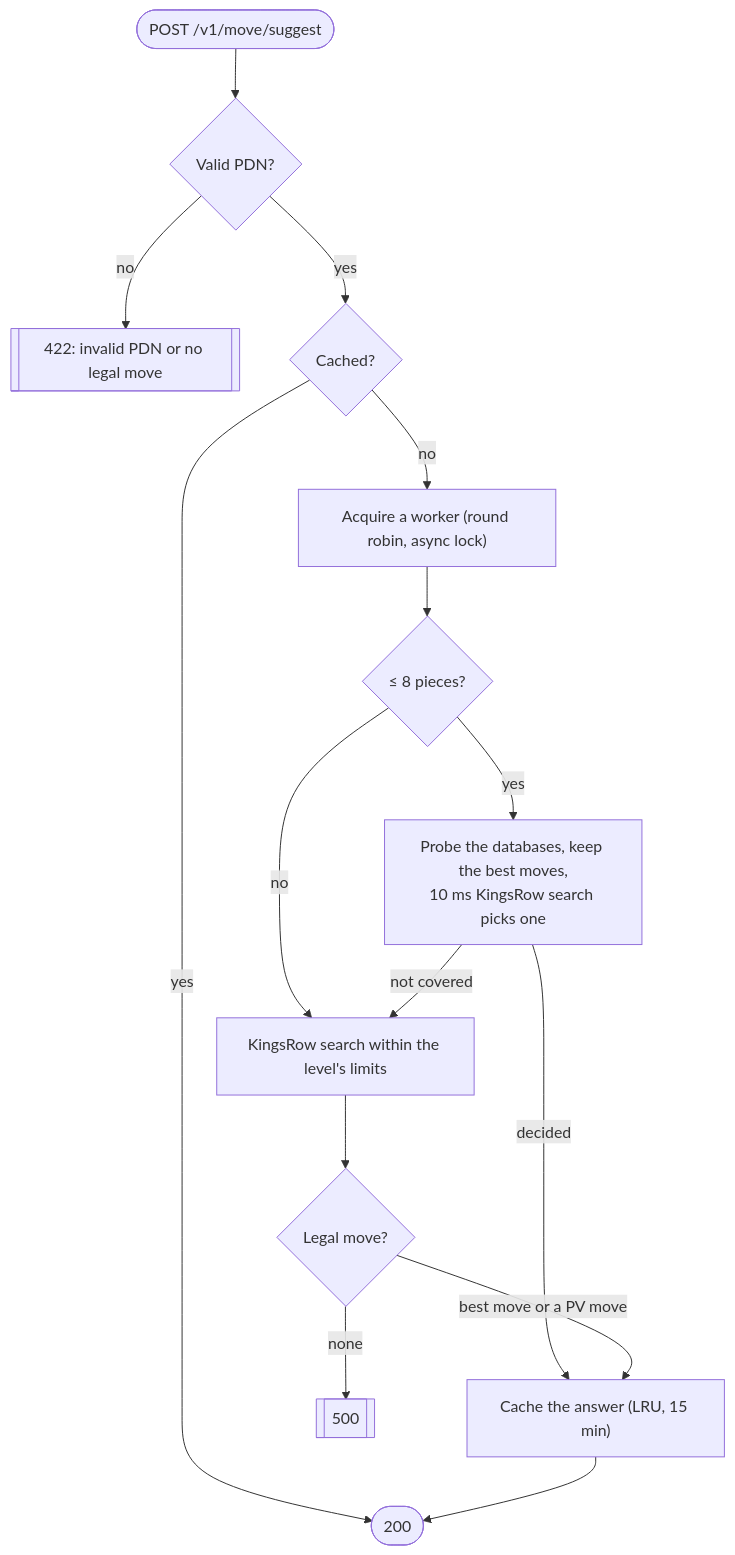
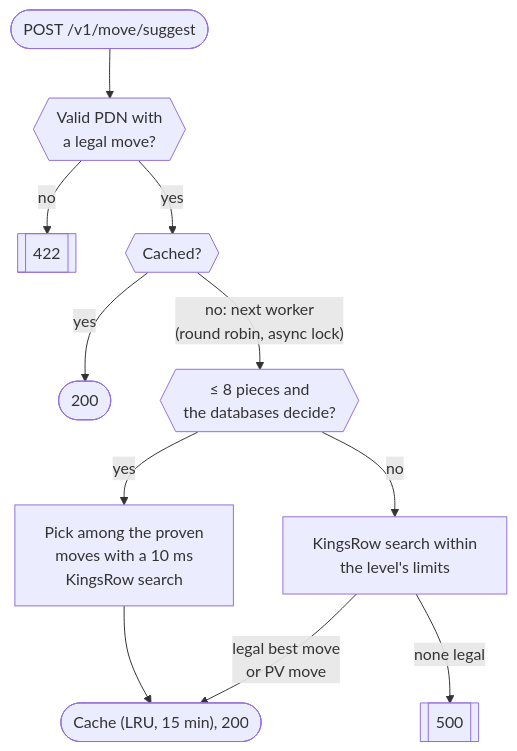
The second of 3 diagrams in README.md (BoSuY0/CheckersEngineApi), drawn with Mermaid before and after one commit.

Commit message:
docs: shorten the request flow diagram

````diff
--- a/README.md
+++ b/README.md
@@ -224,17 +224,13 @@
 ```mermaid
 flowchart TD
-    req(["POST /v1/move/suggest"]) --> parse{"Valid PDN?"}
-    parse -->|no| e422[["422: invalid PDN or no legal move"]]
-    parse -->|yes| cached{"Cached?"}
-    cached -->|yes| ok(["200"])
-    cached -->|no| acquire["Acquire a worker (round robin, async lock)"]
-    acquire --> small{"≤ 8 pieces?"}
-    small -->|yes| probe["Probe the databases, keep the best moves,<br/>10 ms KingsRow search picks one"]
-    small -->|no| search["KingsRow search within the level's limits"]
-    probe -->|not covered| search
-    probe -->|decided| store["Cache the answer (LRU, 15 min)"]
-    search --> legal{"Legal move?"}
-    legal -->|"best move or a PV move"| store
-    legal -->|none| e500[["500"]]
-    store --> ok
+    req(["POST /v1/move/suggest"]) --> parse{{"Valid PDN with<br/>a legal move?"}}
+    parse -->|no| e422[["422"]]
+    parse -->|yes| cached{{"Cached?"}}
+    cached -->|yes| hit(["200"])
+    cached -->|"no: next worker<br/>(round robin, async lock)"| small{{"≤ 8 pieces and<br/>the databases decide?"}}
+    small -->|yes| probe["Pick among the proven<br/>moves with a 10 ms<br/>KingsRow search"]
+    small -->|no| search["KingsRow search within<br/>the level's limits"]
+    probe --> ok(["Cache (LRU, 15 min), 200"])
+    search -->|"legal best move<br/>or PV move"| ok
+    search -->|none legal| e500[["500"]]
 ```
````
